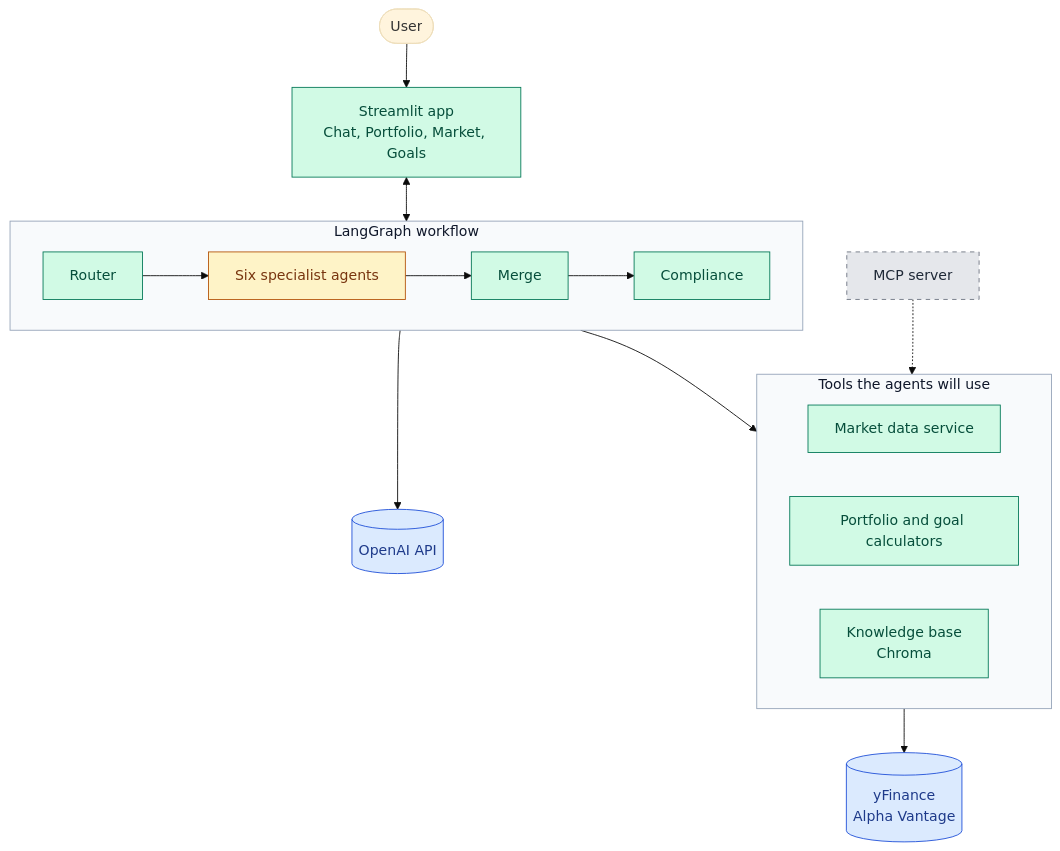
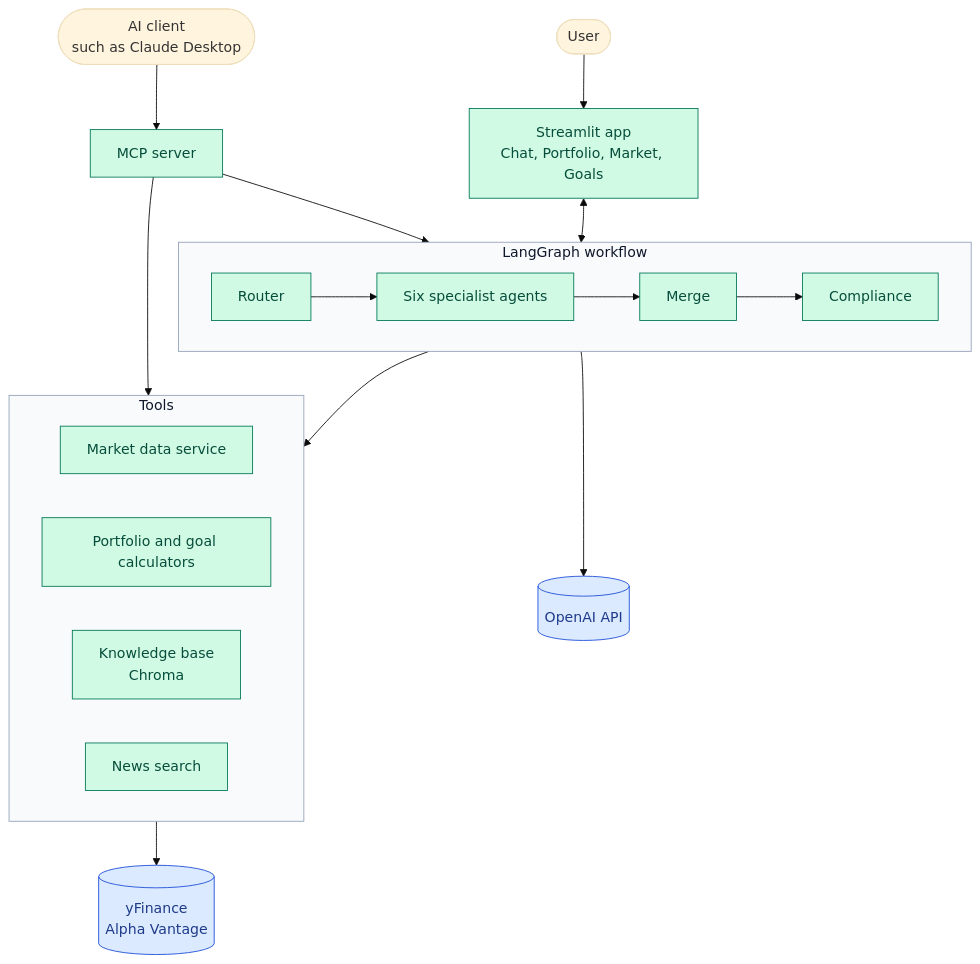
Before and after one commit to sushmakrishna-tech/agenticAI: the first of 6 diagrams in Capstone1/ai_finance_assistant/docs/DESIGN.md, drawn with Mermaid (base theme). The commit also changed other lines of this file and 10 other files, not shown here.

First line of the commit message:
Add MCP server and Docker setup

````diff
--- a/Capstone1/ai_finance_assistant/docs/DESIGN.md
+++ b/Capstone1/ai_finance_assistant/docs/DESIGN.md
@@ -24,36 +25,37 @@
 ```mermaid
 flowchart TB
     user(["User"]) --> ui["Streamlit app<br/>Chat, Portfolio, Market, Goals"]
     ui <--> workflow
 
     subgraph workflow["LangGraph workflow"]
         direction LR
         router["Router"] --> agents["Six specialist agents"]
         agents --> merge["Merge"]
         merge --> compliance["Compliance"]
     end
 
     workflow --> openai[("OpenAI API")]
     workflow --> tools
-    mcp["MCP server"] -.-> tools
+    client(["AI client<br/>such as Claude Desktop"]) --> mcp["MCP server"]
+    mcp --> tools
+    mcp --> workflow
 
-    subgraph tools["Tools the agents will use"]
+    subgraph tools["Tools"]
         direction LR
         market["Market data service"]
         calculators["Portfolio and goal calculators"]
         rag["Knowledge base<br/>Chroma"]
+        news["News search"]
     end
 
     tools --> providers[("yFinance<br/>Alpha Vantage")]
 
     classDef built fill:#d1fae5,stroke:#047857,color:#064e3b
     classDef stub fill:#fef3c7,stroke:#b45309,color:#78350f
     classDef planned fill:#e5e7eb,stroke:#6b7280,color:#1f2937,stroke-dasharray:5 5
     classDef external fill:#dbeafe,stroke:#1d4ed8,color:#1e3a8a
-    class ui,router,agents,merge,compliance,market,calculators,rag built
-    class agents stub
-    class mcp planned
+    class ui,router,agents,merge,compliance,market,calculators,rag,news,mcp built
     class openai,providers external
     style workflow fill:#f8fafc,stroke:#94a3b8,color:#0f172a
     style tools fill:#f8fafc,stroke:#94a3b8,color:#0f172a
 ```
````
